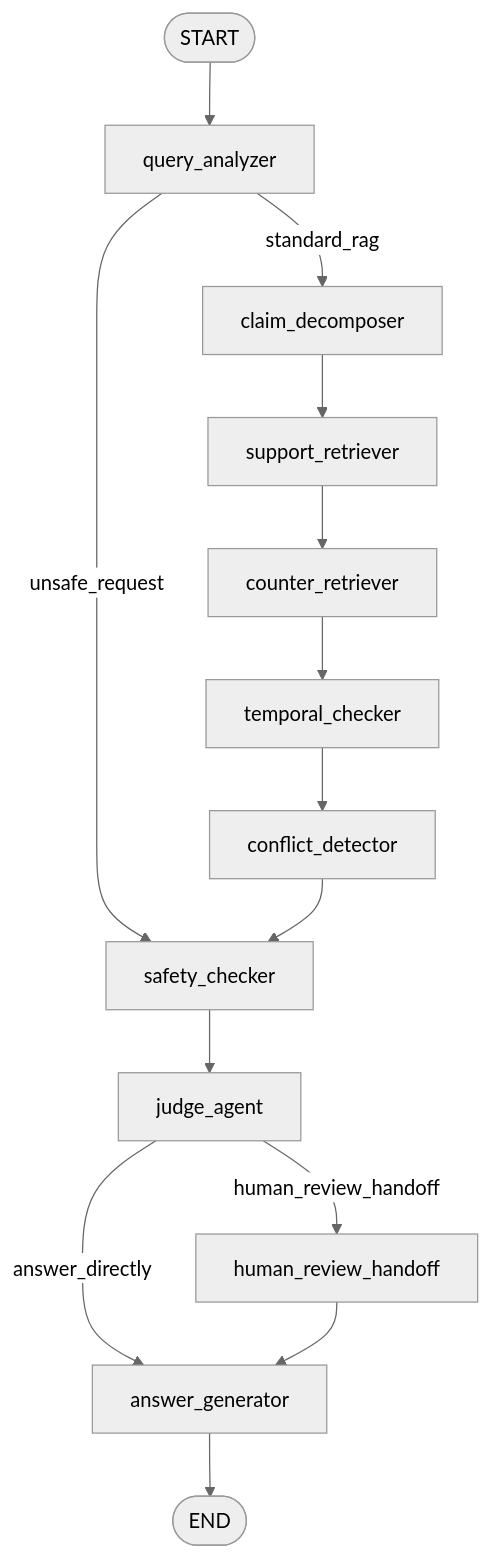
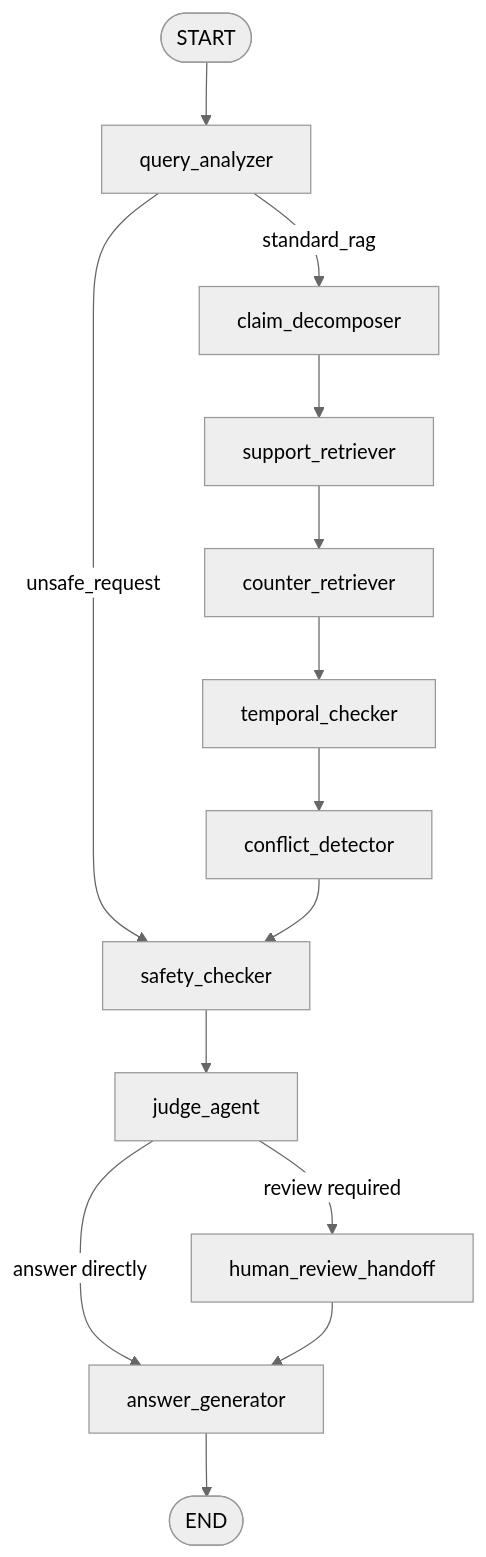
The second of 2 diagrams in README.md (JassonG-xt/Trust-RAG-Accounting), drawn with Mermaid (neutral theme) before and after one commit. The commit also changed other lines of this file and 12 other files, not shown here.

````diff
--- a/README.md
+++ b/README.md
@@ -168,16 +68,16 @@
 ```mermaid
 flowchart TD
     START([START]) --> Q[query_analyzer]
     Q -->|unsafe_request| SC[safety_checker]
     Q -->|standard_rag| CD[claim_decomposer]
     CD --> SR[support_retriever]
     SR --> CR[counter_retriever]
     CR --> TC[temporal_checker]
     TC --> CF[conflict_detector]
     CF --> SC
     SC --> JA[judge_agent]
-    JA -->|human_review_handoff| HR[human_review_handoff]
-    JA -->|answer_directly| AG[answer_generator]
+    JA -->|review required| HR[human_review_handoff]
+    JA -->|answer directly| AG[answer_generator]
     HR --> AG
     AG --> END([END])
 ```
````
